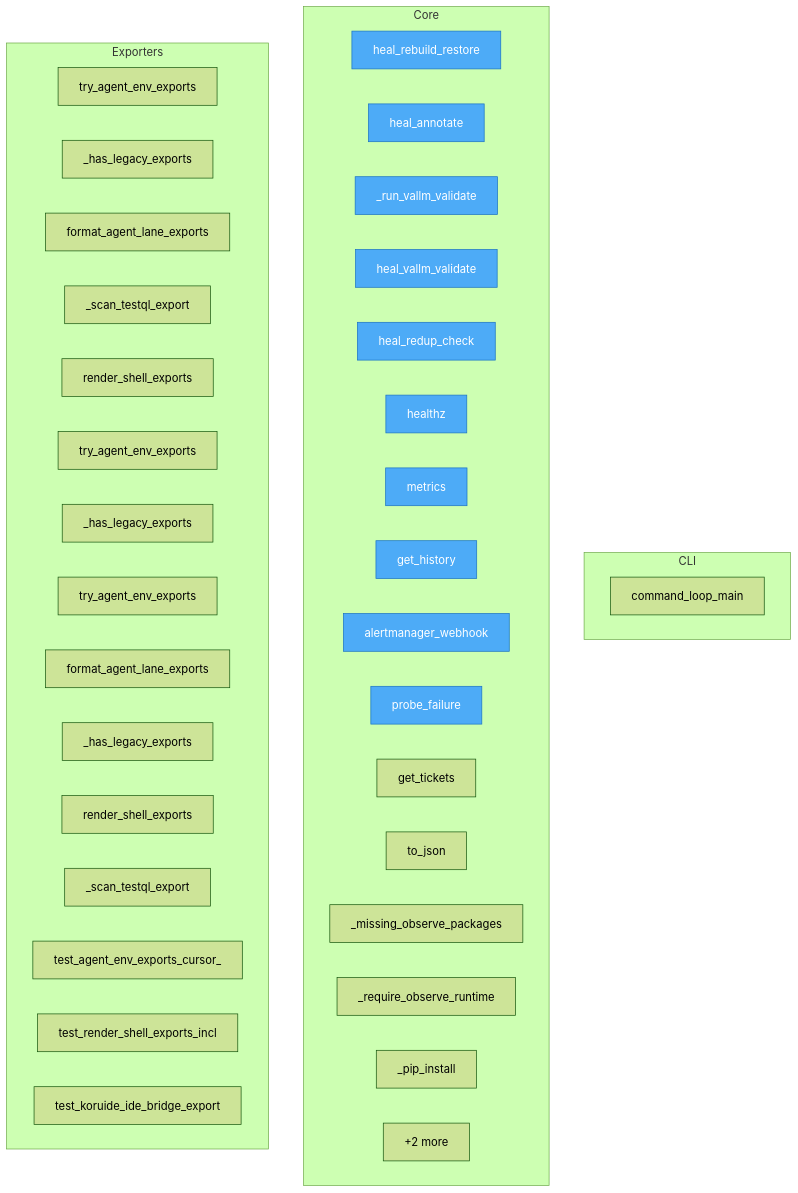
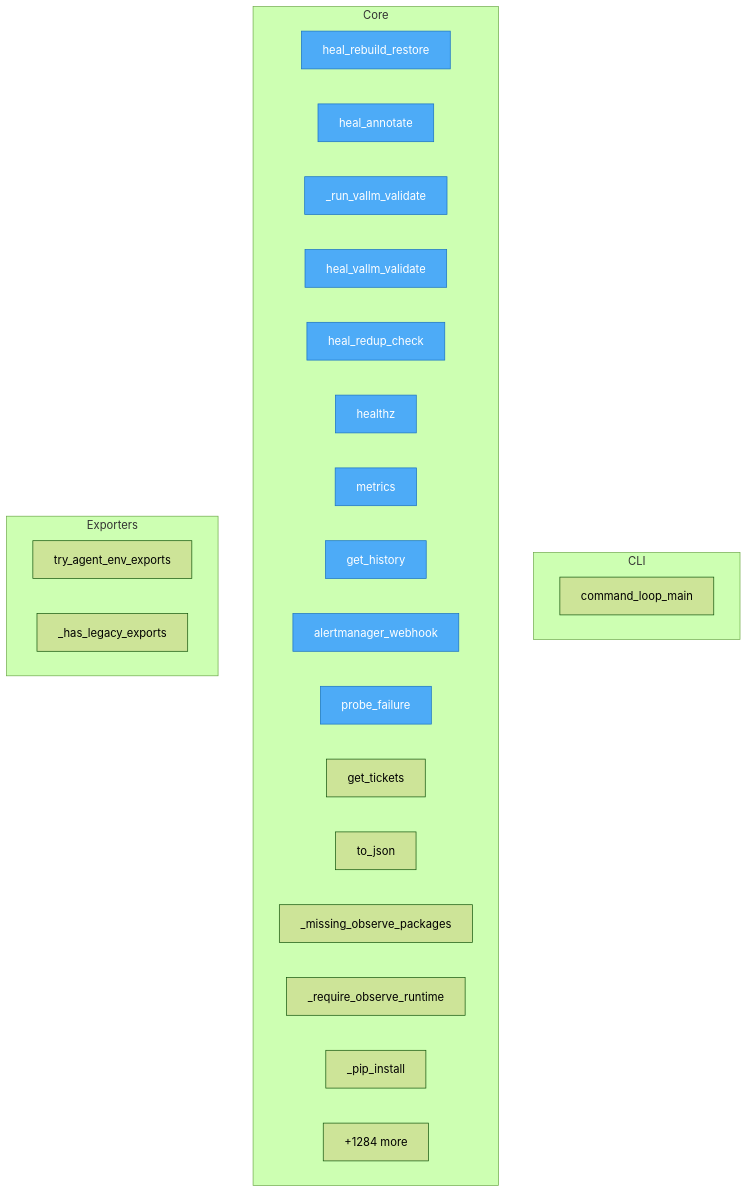
The diagram in project/flow.mmd (semcod/koru), drawn with Mermaid (forest theme) before and after one commit. The commit also changed 51 other files, not shown here.

```diff
--- a/project/flow.mmd
+++ b/project/flow.mmd
@@ -1,48 +1,35 @@
 flowchart TD
+%% generated in 0.15s
 
     %% Entry points (blue)
     classDef entry fill:#4dabf7,stroke:#1971c2,color:#fff
 
     subgraph CLI
         koru__cli_loop__command_loop_main["command_loop_main"]
     end
 
     subgraph Core
         services__healing_webhook__app__heal_rebuild_restore["heal_rebuild_restore"]
         services__healing_webhook__app__heal_annotate["heal_annotate"]
         services__healing_webhook__app___run_vallm_validate["_run_vallm_validate"]
         services__healing_webhook__app__heal_vallm_validate["heal_vallm_validate"]
         services__healing_webhook__app__heal_redup_check["heal_redup_check"]
         services__healing_webhook__app__healthz["healthz"]
         services__healing_webhook__app__metrics["metrics"]
         services__healing_webhook__app__get_history["get_history"]
         services__healing_webhook__app__alertmanager_webhook["alertmanager_webhook"]
         services__healing_webhook__app__probe_failure["probe_failure"]
         services__healing_webhook__app__get_tickets["get_tickets"]
         src__koruobserve__lifecycle__ObserveProcesses__to_json["to_json"]
         src__koruobserve__cli___missing_observe_packages["_missing_observe_packages"]
         src__koruobserve__cli___require_observe_runtime["_require_observe_runtime"]
         src__koruobserve__cli___pip_install["_pip_install"]
-        ...["+6143 more"]
+        ...["+1284 more"]
     end
 
     subgraph Exporters
         src__koru__agent_cli_helpers__try_agent_env_exports["try_agent_env_exports"]
         src__koru__cli___has_legacy_exports["_has_legacy_exports"]
-        code2llm_output__map__toon__format_agent_lane_exports["format_agent_lane_exports"]
-        code2llm_output__map__toon___scan_testql_export["_scan_testql_export"]
-        code2llm_output__map__toon__render_shell_exports["render_shell_exports"]
-        code2llm_output__map__toon__try_agent_env_exports["try_agent_env_exports"]
-        code2llm_output__map__toon___has_legacy_exports["_has_legacy_exports"]
-        project__map__toon__try_agent_env_exports["try_agent_env_exports"]
-        project__map__toon__format_agent_lane_exports["format_agent_lane_exports"]
-        project__map__toon___has_legacy_exports["_has_legacy_exports"]
-        project__map__toon__render_shell_exports["render_shell_exports"]
-        project__map__toon___scan_testql_export["_scan_testql_export"]
-        project__map__toon__test_agent_env_exports_cursor_lane["test_agent_env_exports_cursor_"]
-        project__map__toon__test_render_shell_exports_includes_koru_environment["test_render_shell_exports_incl"]
-        project__map__toon__test_koruide_ide_bridge_exports_legacy_symbols["test_koruide_ide_bridge_export"]
-        ...["+2 more"]
     end
 
     class services__healing_webhook__app__heal_rebuild_restore,services__healing_webhook__app__heal_annotate,services__healing_webhook__app___run_vallm_validate,services__healing_webhook__app__heal_vallm_validate,services__healing_webhook__app__heal_redup_check,services__healing_webhook__app__healthz,services__healing_webhook__app__metrics,services__healing_webhook__app__get_history,services__healing_webhook__app__alertmanager_webhook,services__healing_webhook__app__probe_failure entry
```
